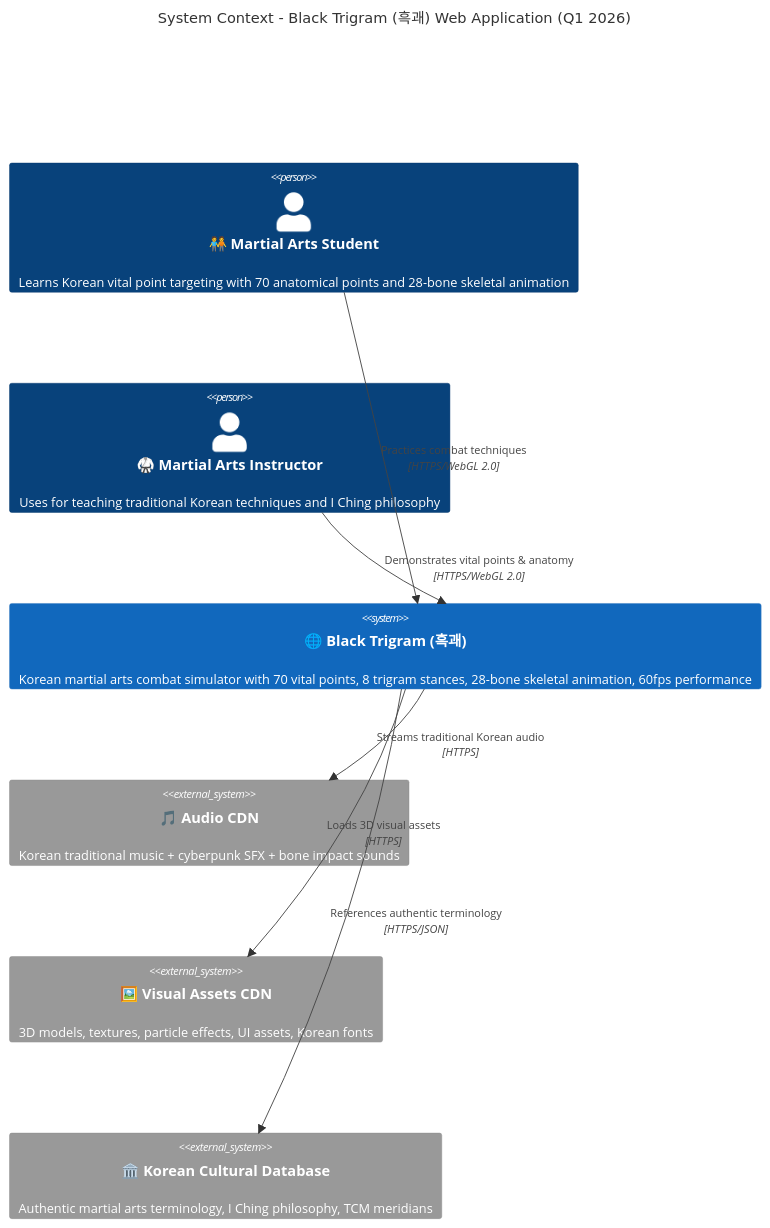
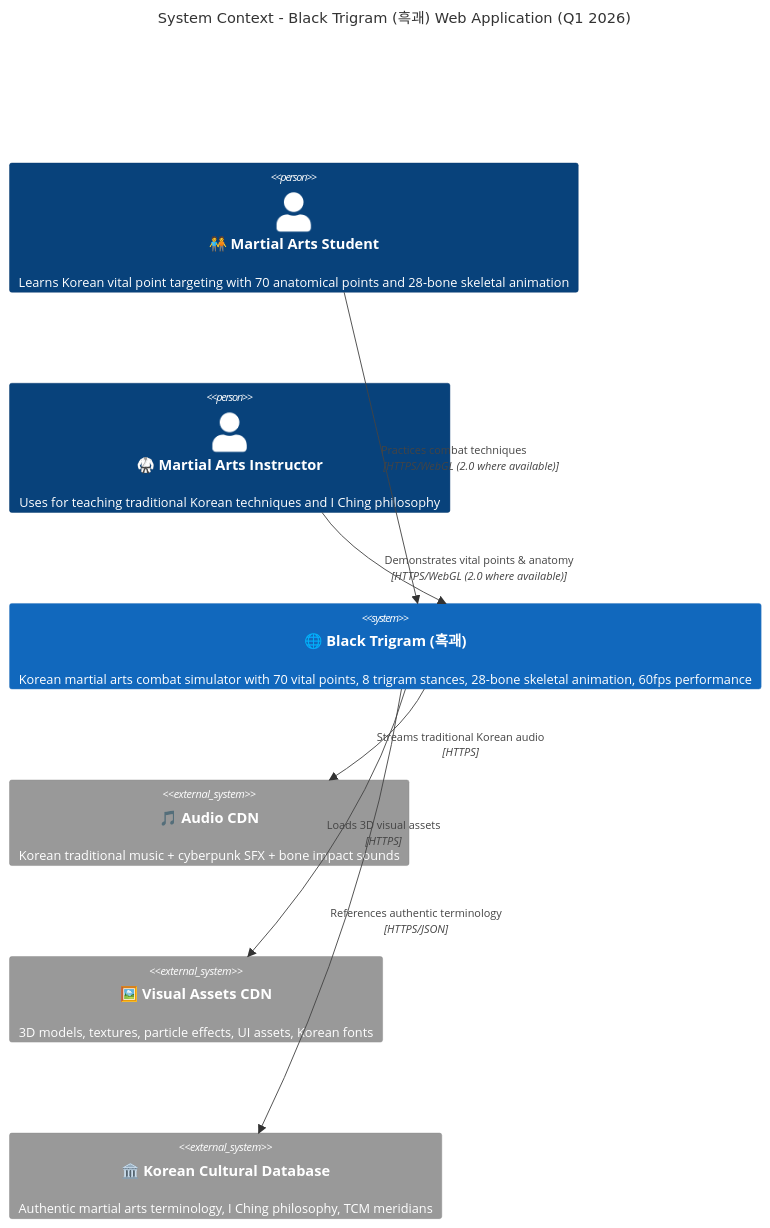
The first of 22 diagrams in ARCHITECTURE.md (Hack23/blacktrigram), drawn with Mermaid before and after one commit. The commit also changed other lines of this file, not shown here.

````diff
--- a/ARCHITECTURE.md
+++ b/ARCHITECTURE.md
@@ -32,22 +32,22 @@
 ```mermaid
 C4Context
     title System Context - Black Trigram (흑괘) Web Application (Q1 2026)
 
     Person(player, "🧑‍🤝‍🧑 Martial Arts Student", "Learns Korean vital point targeting with 70 anatomical points and 28-bone skeletal animation")
     Person(instructor, "🥋 Martial Arts Instructor", "Uses for teaching traditional Korean techniques and I Ching philosophy")
     
     System(blackTrigram, "🌐 Black Trigram (흑괘)", "Korean martial arts combat simulator with 70 vital points, 8 trigram stances, 28-bone skeletal animation, 60fps performance")
     
     System_Ext(audioCDN, "🎵 Audio CDN", "Korean traditional music + cyberpunk SFX + bone impact sounds")
     System_Ext(artCDN, "🖼️ Visual Assets CDN", "3D models, textures, particle effects, UI assets, Korean fonts")
     System_Ext(culturalDB, "🏛️ Korean Cultural Database", "Authentic martial arts terminology, I Ching philosophy, TCM meridians")
 
-    Rel(player, blackTrigram, "Practices combat techniques", "HTTPS/WebGL 2.0")
-    Rel(instructor, blackTrigram, "Demonstrates vital points & anatomy", "HTTPS/WebGL 2.0")
+    Rel(player, blackTrigram, "Practices combat techniques", "HTTPS/WebGL (2.0 where available)")
+    Rel(instructor, blackTrigram, "Demonstrates vital points & anatomy", "HTTPS/WebGL (2.0 where available)")
     
     Rel(blackTrigram, audioCDN, "Streams traditional Korean audio", "HTTPS")
     Rel(blackTrigram, artCDN, "Loads 3D visual assets", "HTTPS")
     Rel(blackTrigram, culturalDB, "References authentic terminology", "HTTPS/JSON")
 
     UpdateLayoutConfig($c4ShapeInRow="2", $c4BoundaryInRow="1")
   ```
````
